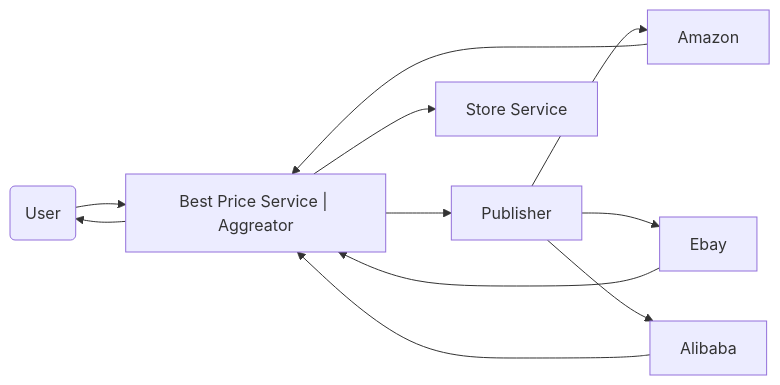
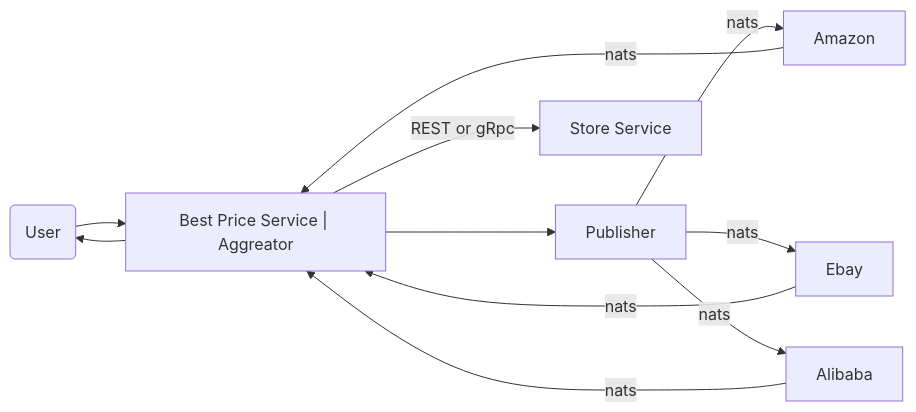
One commit to cmauri75/saga changed the first of 2 diagrams in README.md. Above: the diagram before and after it, drawn with Mermaid. The commit also changed other lines of this file and 38 other files, not shown here.

````diff
--- a/README.md
+++ b/README.md
@@ -8,14 +8,14 @@
 ```mermaid
 graph LR
     A(User) 
     --> B["Best Price Service | Aggreator"]
     --> C[Publisher] 
-    -->  X1[Amazon]
-    C --> X2[Ebay]
-    C --> X3[Alibaba]
+    C -- nats --> X1[Amazon]
+    C -- nats --> X2[Ebay]
+    C -- nats --> X3[Alibaba]
     B --> A
-    X1 --> B
-    X2 --> B
-    X3 --> B
-    B --> S[Store Service]
+    X1 -- nats --> B
+    X2 -- nats --> B
+    X3 -- nats --> B
+    B -- REST or gRpc --> S[Store Service]
 ```
````
